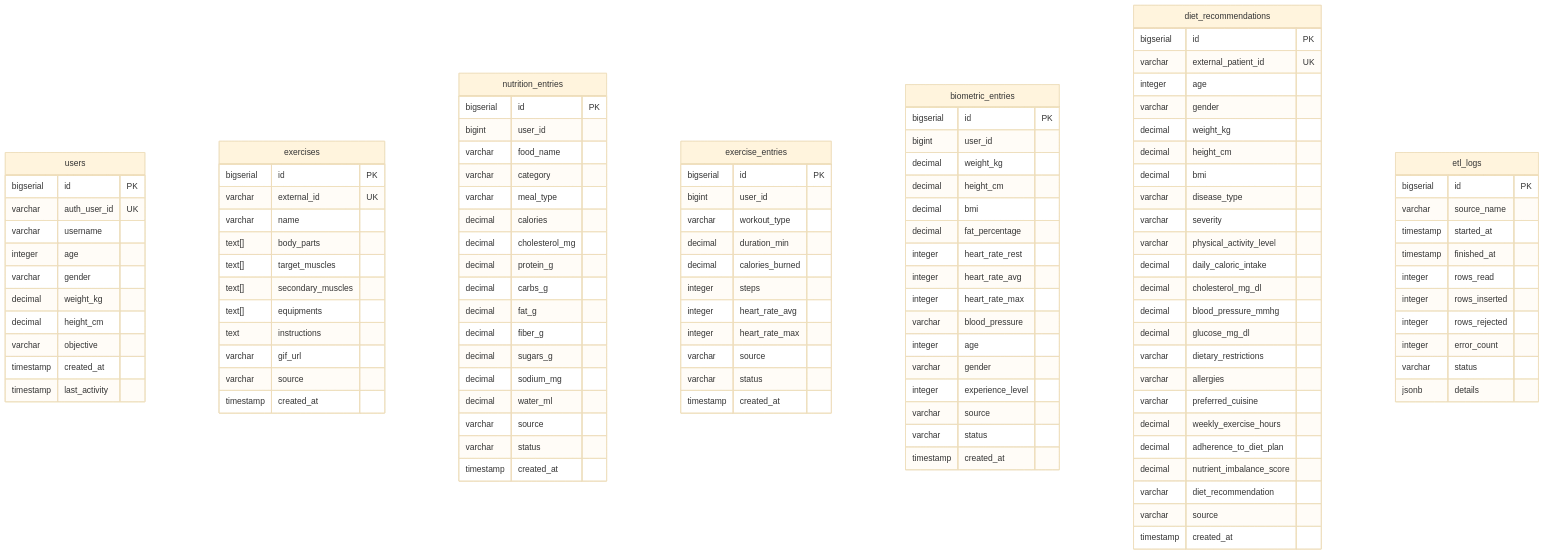
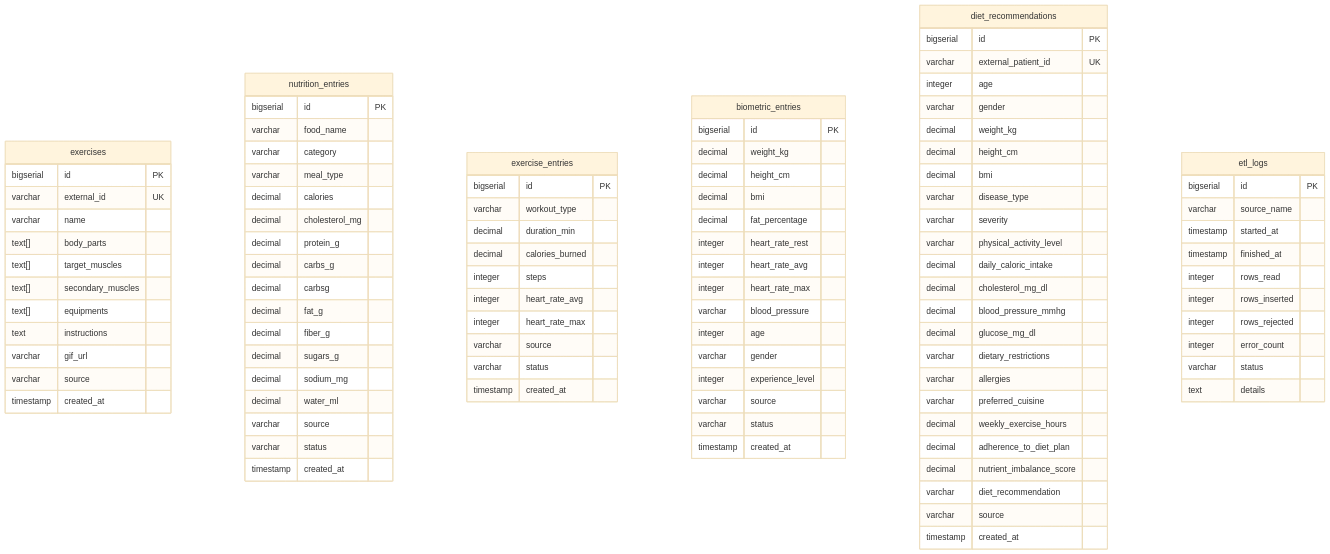
One commit to whitefoxxyt/MSPR-HealthAI-Coach-BDD changed the diagram in README.md. Above: the diagram before and after it, drawn with Mermaid (base theme). The commit also changed other lines of this file and 1 other file, not shown here.

Commit message:
docs(db): aligner readme et export script avec la migration V7 (drop users)

````diff
--- a/README.md
+++ b/README.md
@@ -63,17 +74,5 @@
 ```mermaid
 erDiagram
-    users {
-        bigserial id PK
-        varchar auth_user_id UK
-        varchar username
-        integer age
-        varchar gender
-        decimal weight_kg
-        decimal height_cm
-        varchar objective
-        timestamp created_at
-        timestamp last_activity
-    }
     exercises {
         bigserial id PK
         varchar external_id UK
@@ -89,7 +88,6 @@
     }
     nutrition_entries {
         bigserial id PK
-        bigint user_id
         varchar food_name
         varchar category
         varchar meal_type
@@ -97,6 +95,7 @@
         decimal cholesterol_mg
         decimal protein_g
         decimal carbs_g
+        decimal carbsg
         decimal fat_g
         decimal fiber_g
         decimal sugars_g
@@ -108,7 +107,6 @@
     }
     exercise_entries {
         bigserial id PK
-        bigint user_id
         varchar workout_type
         decimal duration_min
         decimal calories_burned
@@ -121,7 +119,6 @@
     }
     biometric_entries {
         bigserial id PK
-        bigint user_id
         decimal weight_kg
         decimal height_cm
         decimal bmi
@@ -172,7 +169,7 @@
         integer rows_rejected
         integer error_count
         varchar status
-        jsonb details
+        text details
     }
 
 ```
````
